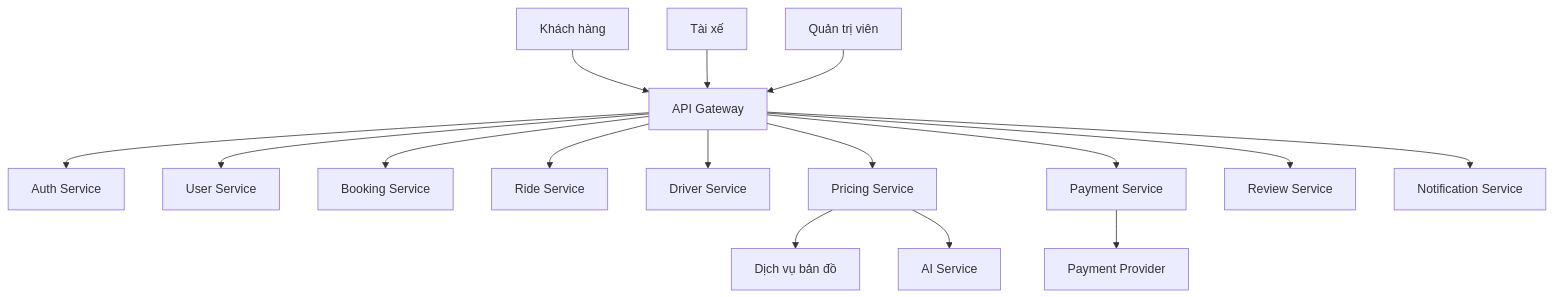
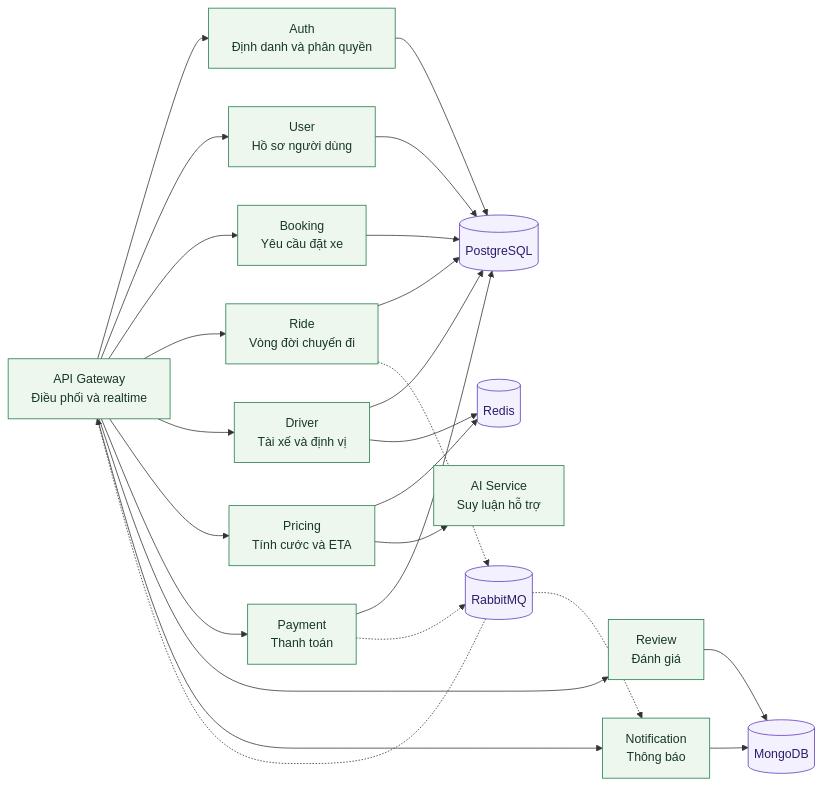
Diagram 11 of 20 in .doc/phantichthietkehethong.md (foxxiee04/Cab-Booking-System-Project), drawn with Mermaid before and after one commit. The commit also changed other lines of this file, not shown here.

````diff
--- a/.doc/phantichthietkehethong.md
+++ b/.doc/phantichthietkehethong.md
@@ -462,38 +1039,48 @@
 ```mermaid
-flowchart TB
-    Customer[Khách hàng]
-    Driver[Tài xế]
-    Admin[Quản trị viên]
-    PaymentProvider[Payment Provider]
-    MapService[Dịch vụ bản đồ]
-    AI[AI Service]
+flowchart LR
+    classDef svc fill:#eef7ee,stroke:#2f855a,stroke-width:1.1,color:#163824
+    classDef db fill:#f4f1ff,stroke:#6b46c1,stroke-width:1.1,color:#2d1b69
 
-    Gateway[API Gateway]
-    Auth[Auth Service]
-    User[User Service]
-    Booking[Booking Service]
-    Ride[Ride Service]
-    DriverSvc[Driver Service]
-    Pricing[Pricing Service]
-    Payment[Payment Service]
-    Review[Review Service]
-    Notification[Notification Service]
+    Gateway[API Gateway<br/>Điều phối và realtime]:::svc
+    Auth[Auth<br/>Định danh và phân quyền]:::svc
+    User[User<br/>Hồ sơ người dùng]:::svc
+    Booking[Booking<br/>Yêu cầu đặt xe]:::svc
+    Ride[Ride<br/>Vòng đời chuyến đi]:::svc
+    DriverSvc[Driver<br/>Tài xế và định vị]:::svc
+    Pricing[Pricing<br/>Tính cước và ETA]:::svc
+    Payment[Payment<br/>Thanh toán]:::svc
+    Review[Review<br/>Đánh giá]:::svc
+    Notification[Notification<br/>Thông báo]:::svc
+    AI[AI Service<br/>Suy luận hỗ trợ]:::svc
 
-    Customer --> Gateway
-    Driver --> Gateway
-    Admin --> Gateway
+    PG[(PostgreSQL)]:::db
+    MG[(MongoDB)]:::db
+    RD[(Redis)]:::db
+    MQ[(RabbitMQ)]:::db
 
     Gateway --> Auth
     Gateway --> User
     Gateway --> Booking
     Gateway --> Ride
     Gateway --> DriverSvc
     Gateway --> Pricing
     Gateway --> Payment
     Gateway --> Review
     Gateway --> Notification
 
-    Pricing --> MapService
+    Auth --> PG
+    User --> PG
+    Booking --> PG
+    Ride --> PG
+    DriverSvc --> PG
+    Payment --> PG
+    Review --> MG
+    Notification --> MG
+    DriverSvc --> RD
+    Pricing --> RD
     Pricing --> AI
-    Payment --> PaymentProvider
+    Ride -.-> MQ
+    Payment -.-> MQ
+    MQ -.-> Notification
+    MQ -.-> Gateway
 ```
````
